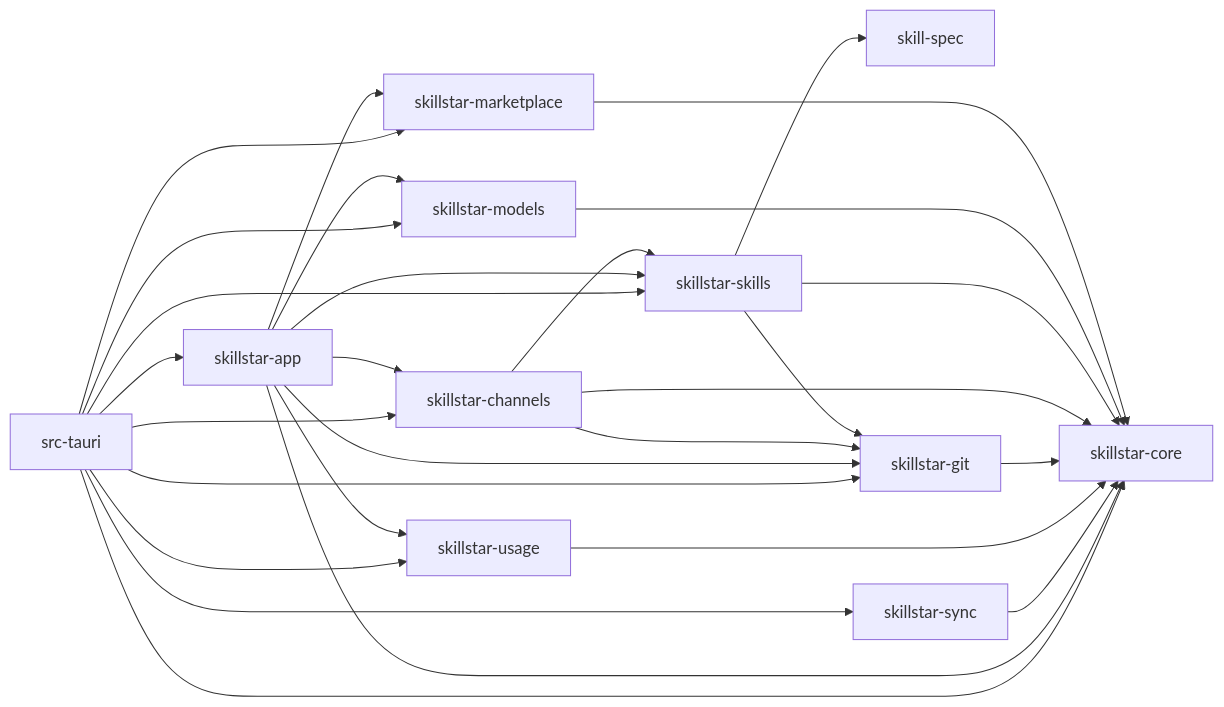
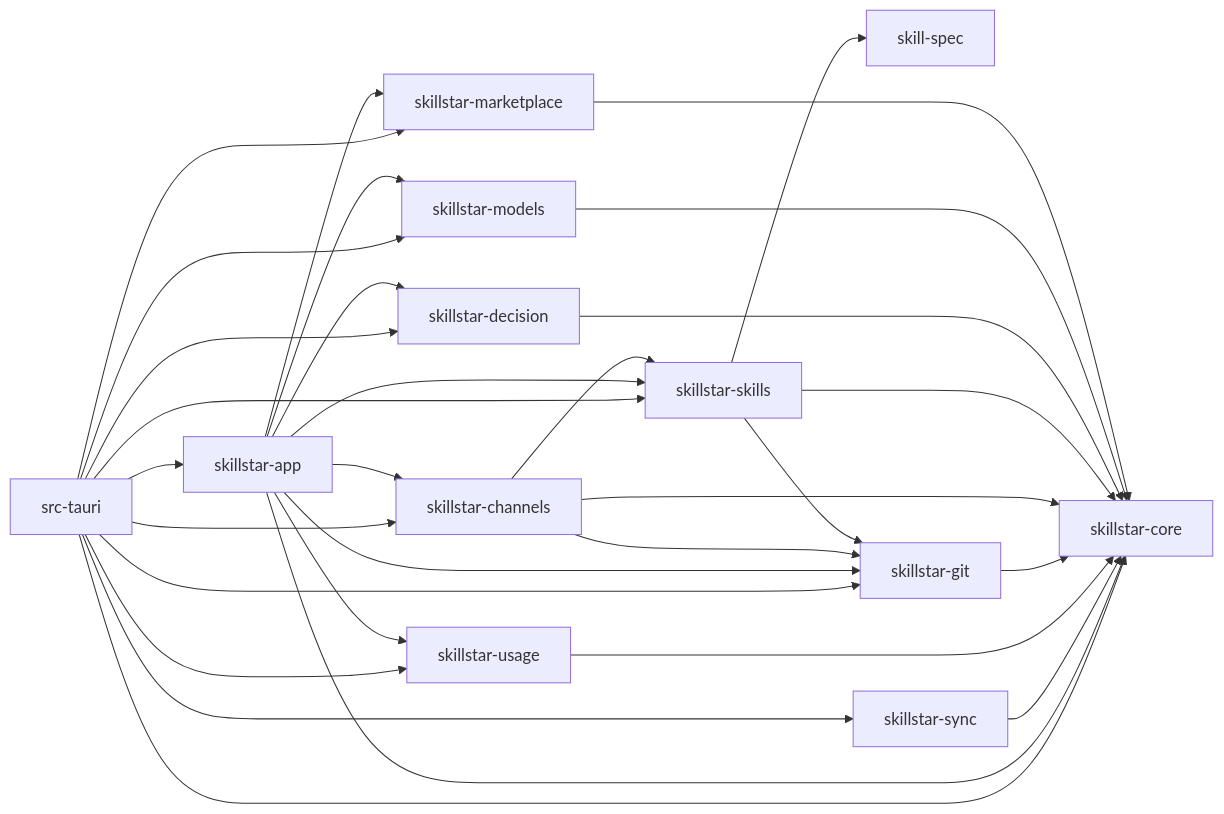
The diagram in docs/boundaries.md (xxww0098/SkillStar), drawn with Mermaid before and after one commit. The commit also changed other lines of this file and 232 other files, not shown here.

````diff
--- a/docs/boundaries.md
+++ b/docs/boundaries.md
@@ -65,42 +68,46 @@
 ```mermaid
 flowchart LR
   spec["skill-spec"]
   core["skillstar-core"]
   git["skillstar-git"]
   skills["skillstar-skills"]
   channels["skillstar-channels"]
   market["skillstar-marketplace"]
   models["skillstar-models"]
+  decision["skillstar-decision"]
   usage["skillstar-usage"]
   sync["skillstar-sync"]
   app["skillstar-app"]
   tauri["src-tauri"]
 
   market --> core
   models --> core
+  decision --> core
   skills --> spec
   skills --> core
   skills --> git
   channels --> core
   channels --> git
   channels --> skills
   git --> core
   usage --> core
   sync --> core
   app --> core
   app --> skills
   app --> git
   app --> channels
   app --> market
   app --> models
+  app --> decision
   app --> usage
   tauri --> app
   tauri --> core
   tauri --> skills
   tauri --> git
   tauri --> channels
   tauri --> market
   tauri --> models
+  tauri --> decision
   tauri --> usage
   tauri --> sync
 ```
````
